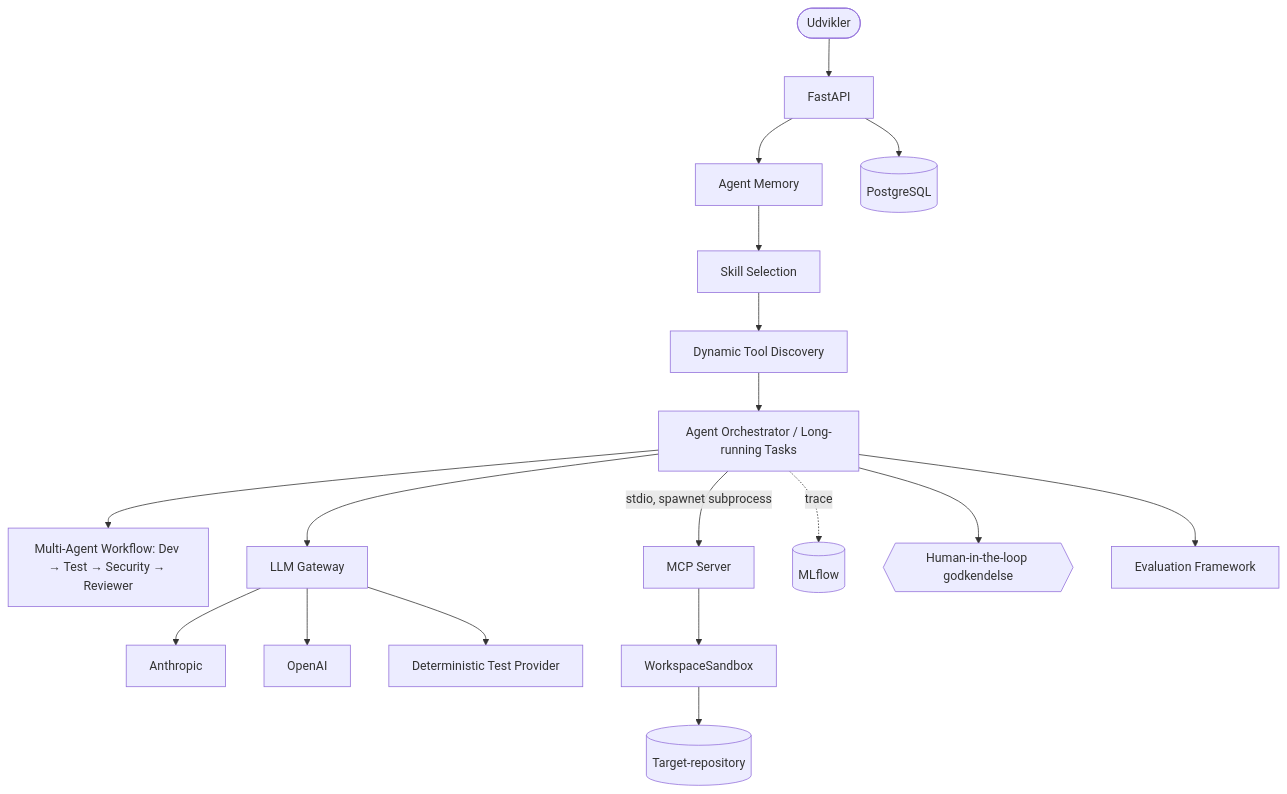
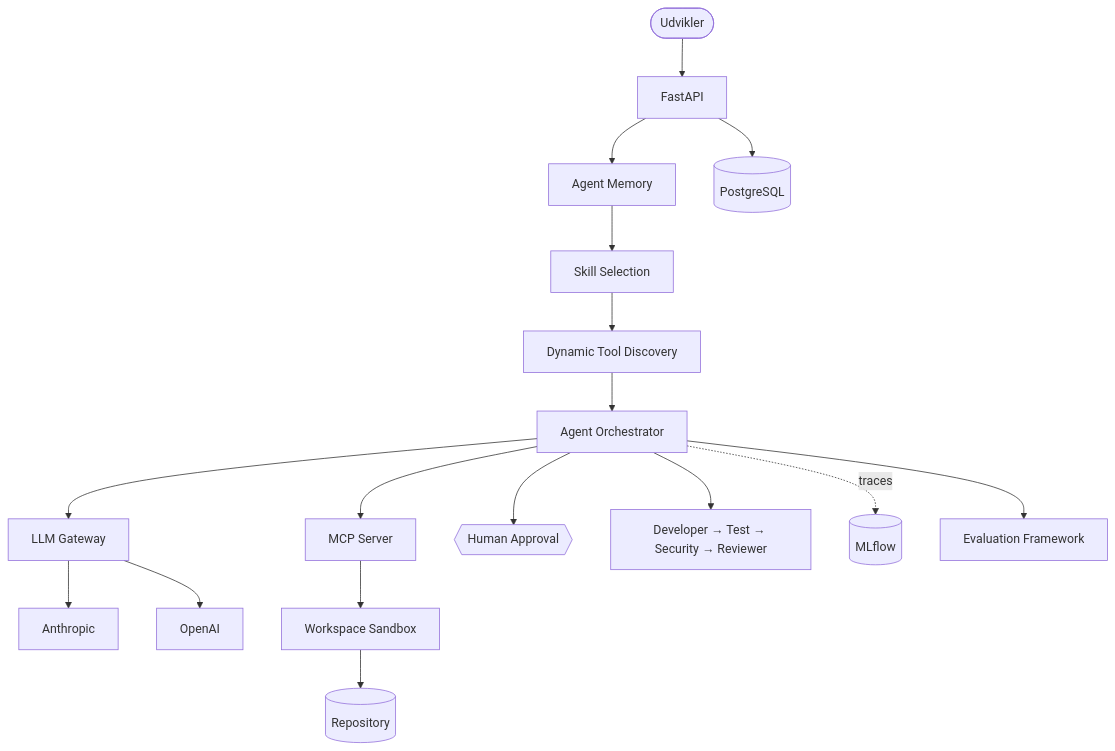
The diagram in README.md (hassanisaq97-blip/agentops-developer-platform), drawn with Mermaid before and after one commit. The commit also changed other lines of this file, not shown here.

Commit message:
docs: rewrite README around concrete agent capabilities

````diff
--- a/README.md
+++ b/README.md
@@ -26,19 +207,19 @@
 ```mermaid
 flowchart TB
-    Dev([Udvikler]) --> API[FastAPI]
+    User([Udvikler]) --> API[FastAPI]
     API --> Memory[Agent Memory]
     Memory --> Skills[Skill Selection]
     Skills --> Discovery[Dynamic Tool Discovery]
-    Discovery --> Orch[Agent Orchestrator / Long-running Tasks]
-    Orch --> MultiAgent[Multi-Agent Workflow: Dev → Test → Security → Reviewer]
+    Discovery --> Orch[Agent Orchestrator]
     Orch --> Gateway[LLM Gateway]
     Gateway --> Anthropic[Anthropic]
     Gateway --> OpenAI[OpenAI]
-    Gateway --> TestProvider[Deterministic Test Provider]
-    Orch -- "stdio, spawnet subprocess" --> MCP[MCP Server]
-    MCP --> Sandbox[WorkspaceSandbox] --> Repo[(Target-repository)]
+    Orch --> MCP[MCP Server]
+    MCP --> Sandbox[Workspace Sandbox]
+    Sandbox --> Repo[(Repository)]
+    Orch --> Approval{{Human Approval}}
+    Orch --> Workflow[Developer → Test → Security → Reviewer]
+    Orch -. traces .-> MLflow[(MLflow)]
     API --> DB[(PostgreSQL)]
-    Orch -.trace.-> MLflow[(MLflow)]
-    Orch --> Approval{{Human-in-the-loop godkendelse}}
     Orch --> Evals[Evaluation Framework]
 ```
````
